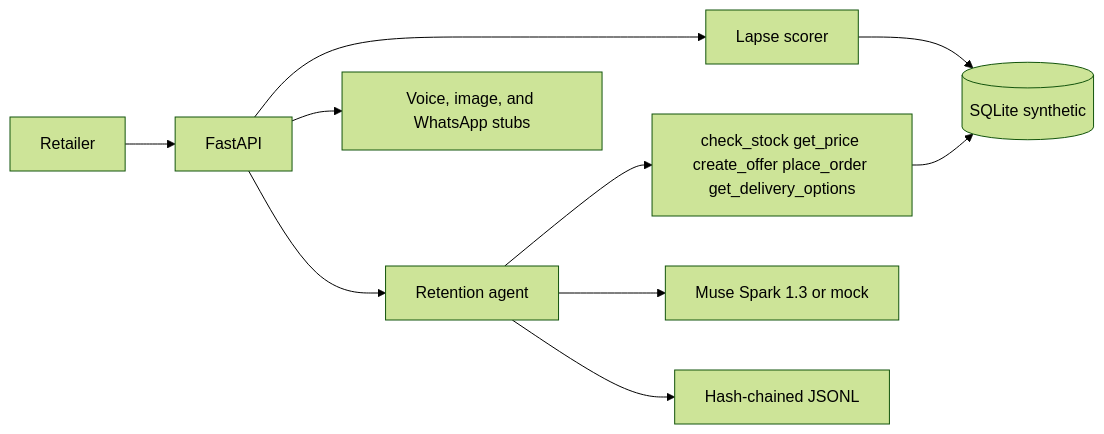
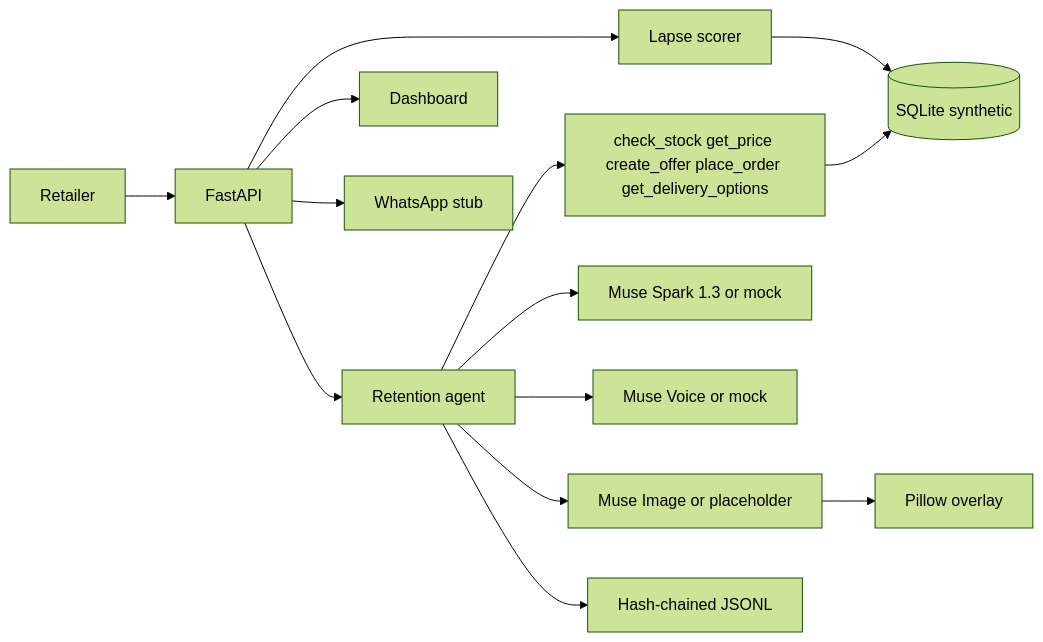
One commit to vumoz/convoplex-retention-agent changed the diagram in README.md. Above: the diagram before and after it, drawn with Mermaid (forest theme). The commit also changed other lines of this file and 26 other files, not shown here.

First line of the commit message:
Add voice-note replies, promo cards and dashboard (#2)

````diff
--- a/README.md
+++ b/README.md
@@ -36,12 +39,16 @@
 ```mermaid
 flowchart LR
   shop[Retailer] --> api[FastAPI]
   api --> score[Lapse scorer]
   api --> agent[Retention agent]
   score --> db[(SQLite synthetic)]
   agent --> tools[check_stock get_price create_offer place_order get_delivery_options]
   tools --> db
   agent --> muse[Muse Spark 1.3 or mock]
+  agent --> asr[Muse Voice or mock]
+  agent --> image[Muse Image or placeholder]
+  image --> card[Pillow overlay]
   agent --> log[Hash-chained JSONL]
-  api --> later[Voice, image, and WhatsApp stubs]
+  api --> dash[Dashboard]
+  api --> wa[WhatsApp stub]
 ```
````
